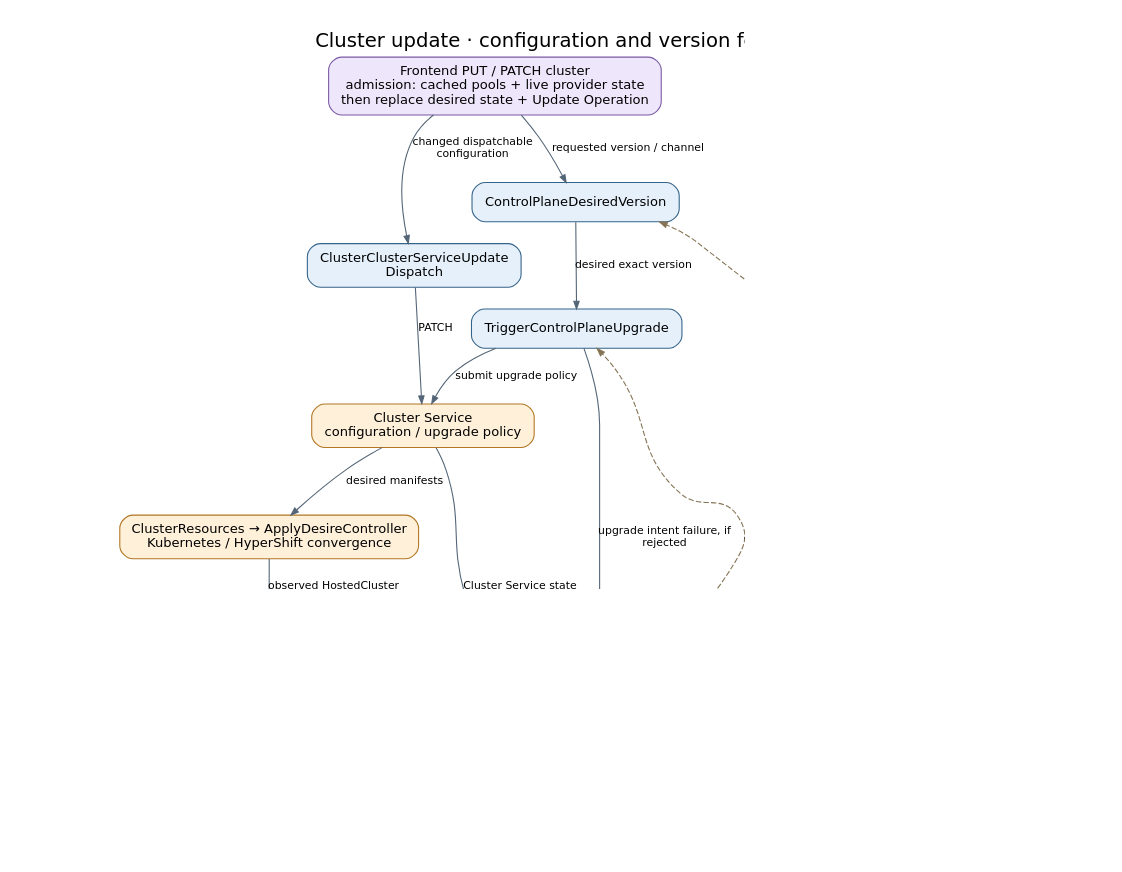
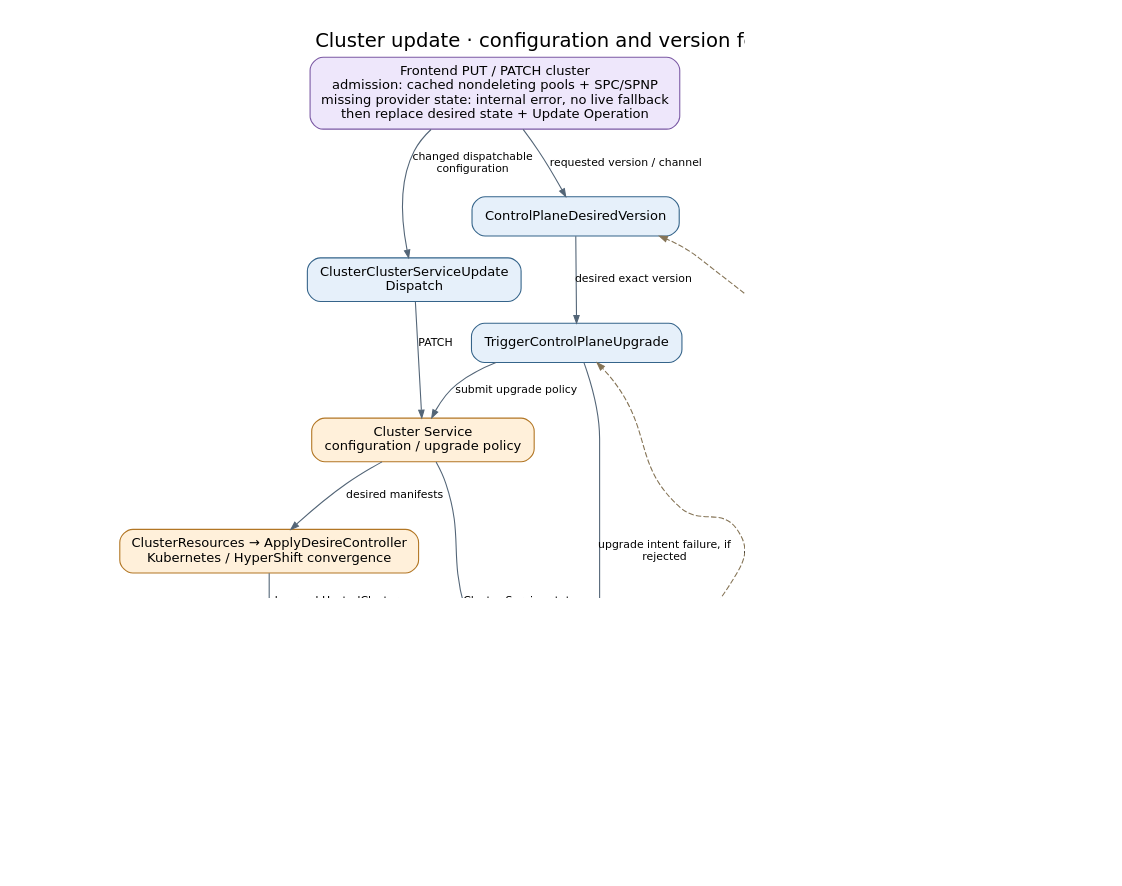
One commit to Azure/ARO-HCP changed the diagram in docs/diagrams/controller-flows/cluster-update.dot. Above: the diagram before and after it, drawn with Graphviz. The commit also changed 39 other files, not shown here.

Commit message:
refactor(frontend): bundle admission caches and leave provider initialization to backend

```diff
--- a/docs/diagrams/controller-flows/cluster-update.dot
+++ b/docs/diagrams/controller-flows/cluster-update.dot
@@ -1,34 +1,34 @@
 digraph cluster_update {
   graph [rankdir=TB, bgcolor="white", pad="0.3", nodesep="0.4", ranksep="0.55", fontname="DejaVu Sans", fontsize=18, labelloc=t, label="Cluster update · configuration and version feedback", dpi=110];
   node [shape=box, style="rounded,filled", fillcolor="#e6f0fa", color="#35648a", fontname="DejaVu Sans", fontsize=12, margin="0.16,0.10"];
   edge [color="#536577", fontname="DejaVu Sans", fontsize=10, arrowsize=0.7];
-  put [label="Frontend PUT / PATCH cluster\nadmission: cached pools + live provider state\nthen replace desired state + Update Operation", fillcolor="#eee7fb", color="#7b59a4"];
+  put [label="Frontend PUT / PATCH cluster\nadmission: cached nondeleting pools + SPC/SPNP\nmissing provider state: internal error, no live fallback\nthen replace desired state + Update Operation", fillcolor="#eee7fb", color="#7b59a4"];
   dispatch [label="ClusterClusterServiceUpdate\nDispatch", fillcolor="#e6f0fa", color="#35648a"];
   desired [label="ControlPlaneDesiredVersion", fillcolor="#e6f0fa", color="#35648a"];
   upgrade [label="TriggerControlPlaneUpgrade", fillcolor="#e6f0fa", color="#35648a"];
   cs [label="Cluster Service\nconfiguration / upgrade policy", fillcolor="#fff0da", color="#b27624"];
   kube [label="ClusterResources → ApplyDesireController\nKubernetes / HyperShift convergence", fillcolor="#fff0da", color="#b27624"];
   mirror [label="ReadDesireKubernetesController", fillcolor="#e6f0fa", color="#35648a"];
   active [label="ControlPlaneActiveVersions", fillcolor="#e6f0fa", color="#35648a"];
   validation [label="Cluster validation controllers\nServiceProviderCluster.Status.Validations", fillcolor="#e6f0fa", color="#35648a"];
   op [label="OperationClusterUpdate", fillcolor="#e6f0fa", color="#35648a"];
   done [label="ARM terminal operation state\nSucceeded or Failed", fillcolor="#e4f2e5", color="#4c8053"];
   put -> dispatch [label="changed dispatchable\nconfiguration"];
   put -> desired [label="requested version / channel"];
   desired -> upgrade [label="desired exact version"];
   dispatch -> cs [label="PATCH"];
   upgrade -> cs [label="submit upgrade policy"];
   cs -> kube [label="desired manifests"];
   kube -> mirror [label="observed HostedCluster"];
   mirror -> active [label="version history"];
   cs -> op [label="Cluster Service state"];
   mirror -> op [label="observed readiness / version"];
   upgrade -> op [label="upgrade intent failure, if\nrejected"];
   validation -> op [label="False: Provisioning + InvalidResource;\nfailure and operation each >= 5m: Failed;\nall True: ready"];
   op -> done [label="completion or failure checks"];
   observed [label="Customer resource Status.ActiveVersions\nmajor.minor versions", fillcolor="#e4f2e5", color="#4c8053"];
   active -> observed [label="separate Cosmos replace"];
   active -> upgrade [label="active versus desired", style=dashed, color="#857456", constraint=false];
   active -> desired [label="observed versions constrain\nnext selection", style=dashed, color="#857456", constraint=false];
   op -> op [label="still progressing: poll again", style=dashed, color="#857456", constraint=false];
 }
```
